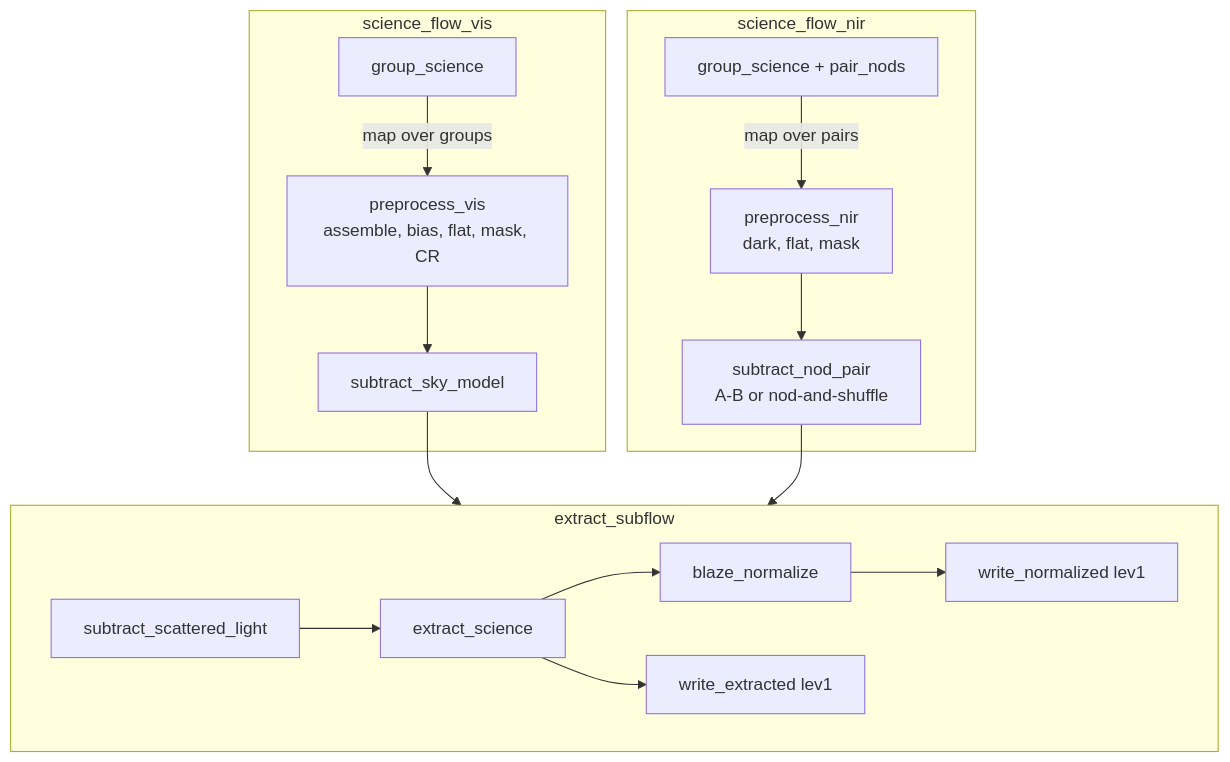
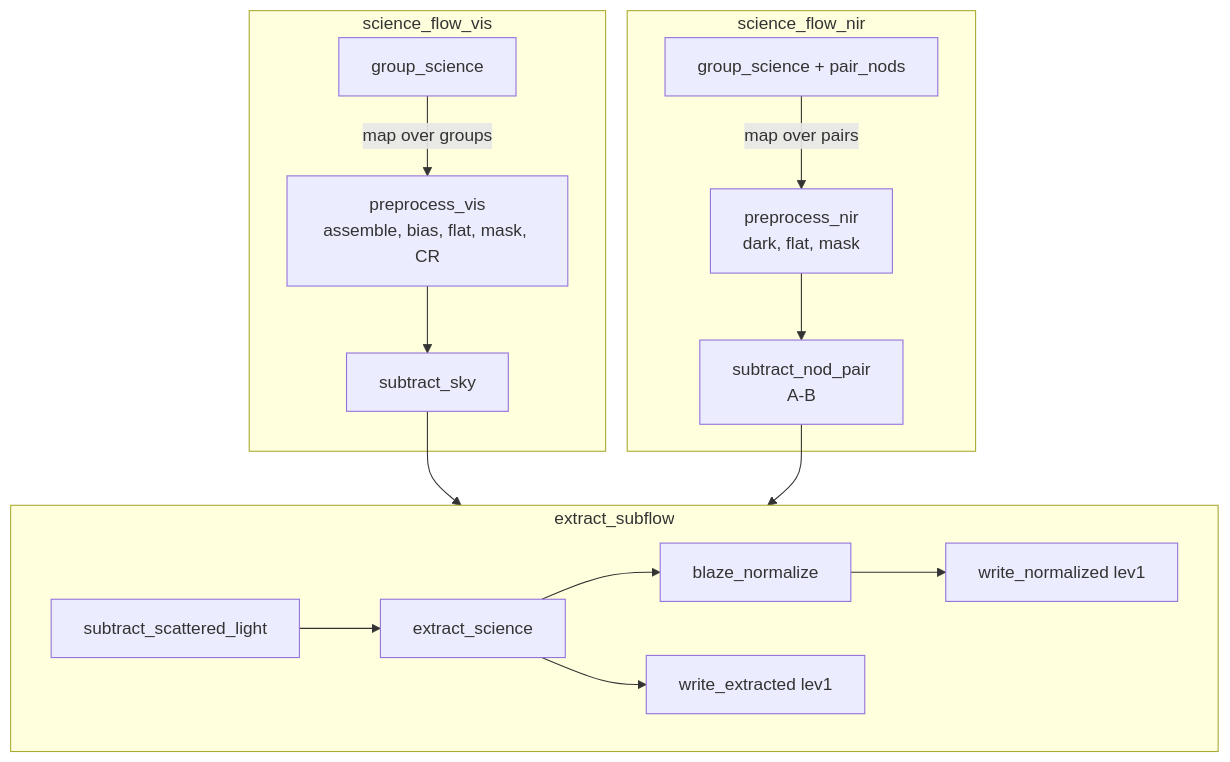
The third of 3 diagrams in docs/source/design.md (CaltechOpticalObservatories/zshooter-drp), drawn with Mermaid before and after one commit. The commit also changed other lines of this file, not shown here.

````diff
--- a/docs/source/design.md
+++ b/docs/source/design.md
@@ -501,19 +525,19 @@
 ```mermaid
 flowchart TD
     subgraph VIS[science_flow_vis]
         DV[group_science] -->|map over groups| PV[preprocess_vis<br/>assemble, bias, flat, mask, CR]
-        PV --> KV[subtract_sky_model]
+        PV --> KV[subtract_sky]
     end
     subgraph NIR[science_flow_nir]
         DN[group_science + pair_nods] -->|map over pairs| PN[preprocess_nir<br/>dark, flat, mask]
-        PN --> KN[subtract_nod_pair<br/>A-B or nod-and-shuffle]
+        PN --> KN[subtract_nod_pair<br/>A-B]
     end
     KV --> E
     KN --> E
     subgraph E[extract_subflow]
         Sc[subtract_scattered_light] --> X[extract_science]
         X --> BN[blaze_normalize]
         X --> W1[write_extracted lev1]
         BN --> W2[write_normalized lev1]
     end
 ```
````
